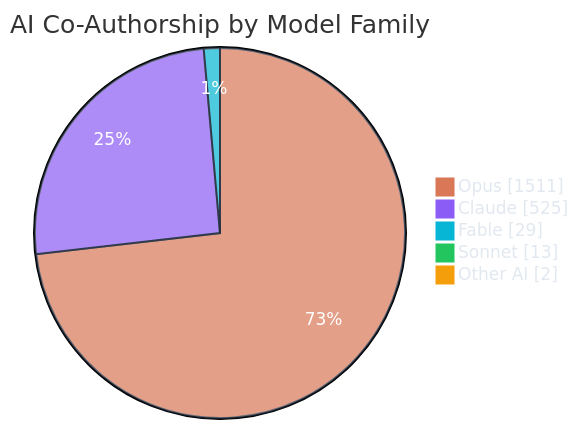
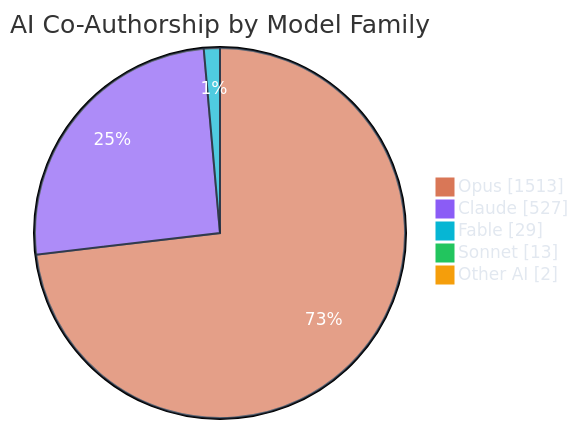
One commit to polo-nyan/polo-nyan changed the third of 7 diagrams in README.md. Above: the diagram before and after it, drawn with Mermaid. The commit also changed other lines of this file and 1 other file, not shown here.

````diff
--- a/README.md
+++ b/README.md
@@ -279,10 +279,10 @@
 ```mermaid
 %%{init: {"theme": "base", "themeVariables": { "pie1": "#d97757", "pie2": "#8b5cf6", "pie3": "#06b6d4", "pie4": "#22c55e", "pie5": "#f59e0b", "pie6": "#ec4899", "pieTextColor": "#ffffff", "pieLegendTextColor": "#e2e8f0", "pieSectionTextColor": "#ffffff", "pieStrokeColor": "#1e293b" }}}%%
 pie showData
     title AI Co-Authorship by Model Family
-    "Opus" : 1511
-    "Claude" : 525
+    "Opus" : 1513
+    "Claude" : 527
     "Fable" : 29
     "Sonnet" : 13
     "Other AI" : 2
 ```
````
